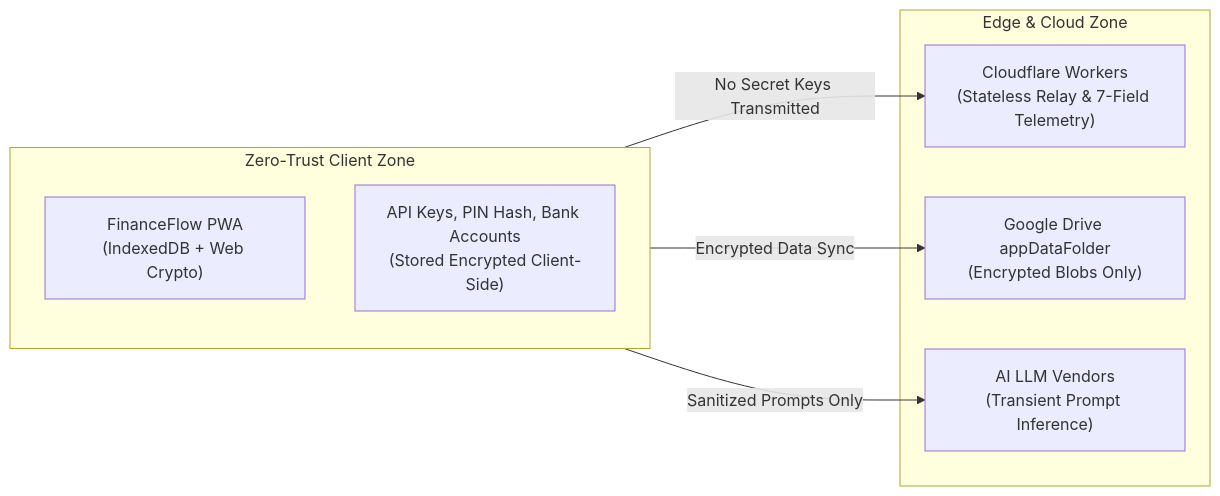
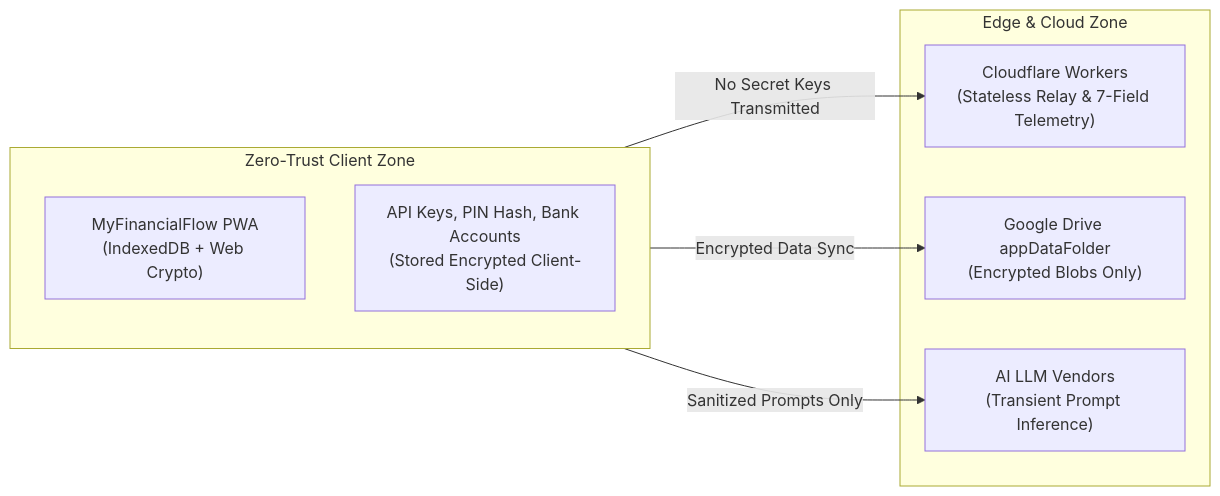
The second of 2 diagrams in TOPOLOGY.md (pranjiunggul/financeflow-pwa), drawn with Mermaid before and after one commit. The commit also changed other lines of this file and 32 other files, not shown here.

Commit message:
feat(brand): update user-facing branding to MyFinancialFlow while preserving internal technical identifiers

````diff
--- a/TOPOLOGY.md
+++ b/TOPOLOGY.md
@@ -122,17 +122,17 @@
 ```mermaid
 flowchart LR
     subgraph TrustedZone ["Zero-Trust Client Zone"]
-        PWA["FinanceFlow PWA\n(IndexedDB + Web Crypto)"]
+        PWA["MyFinancialFlow PWA\n(IndexedDB + Web Crypto)"]
         Keys["API Keys, PIN Hash, Bank Accounts\n(Stored Encrypted Client-Side)"]
     end
 
     subgraph UntrustedZone ["Edge & Cloud Zone"]
         CF["Cloudflare Workers\n(Stateless Relay & 7-Field Telemetry)"]
         GD["Google Drive appDataFolder\n(Encrypted Blobs Only)"]
         AI["AI LLM Vendors\n(Transient Prompt Inference)"]
     end
 
     TrustedZone -->|"No Secret Keys Transmitted"| CF
     TrustedZone -->|"Encrypted Data Sync"| GD
     TrustedZone -->|"Sanitized Prompts Only"| AI
 ```
````
